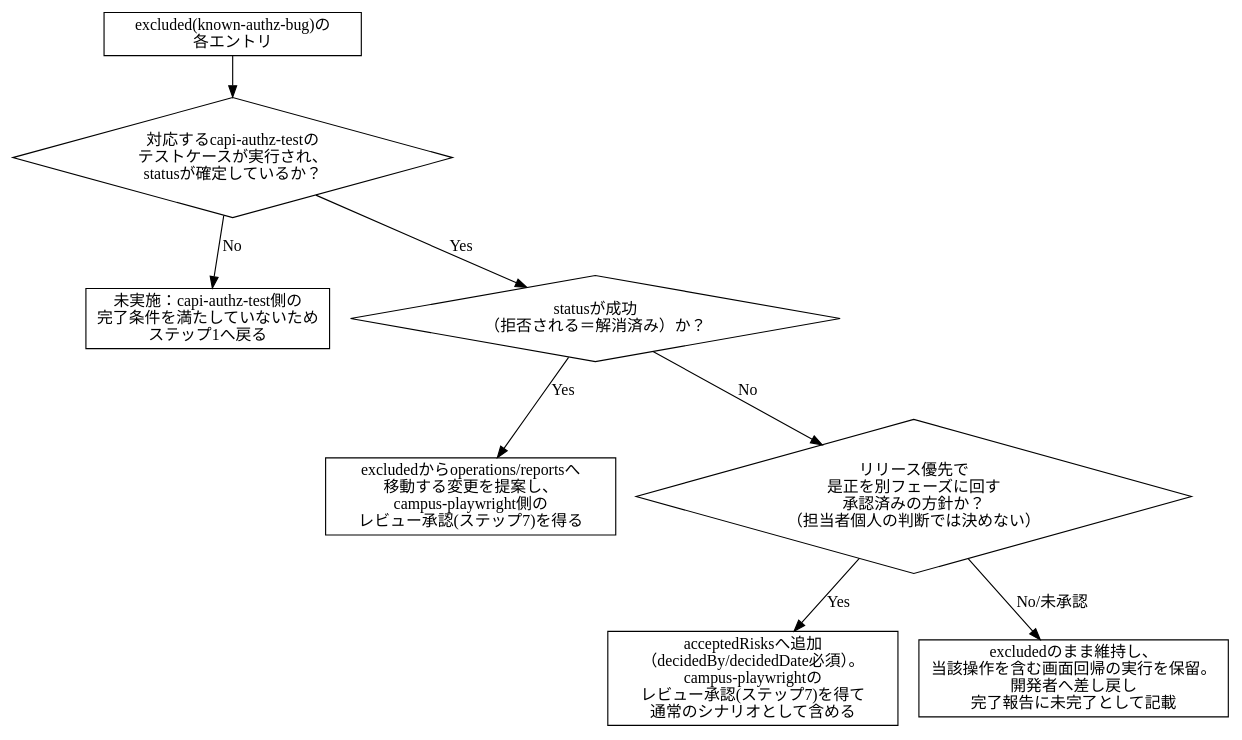
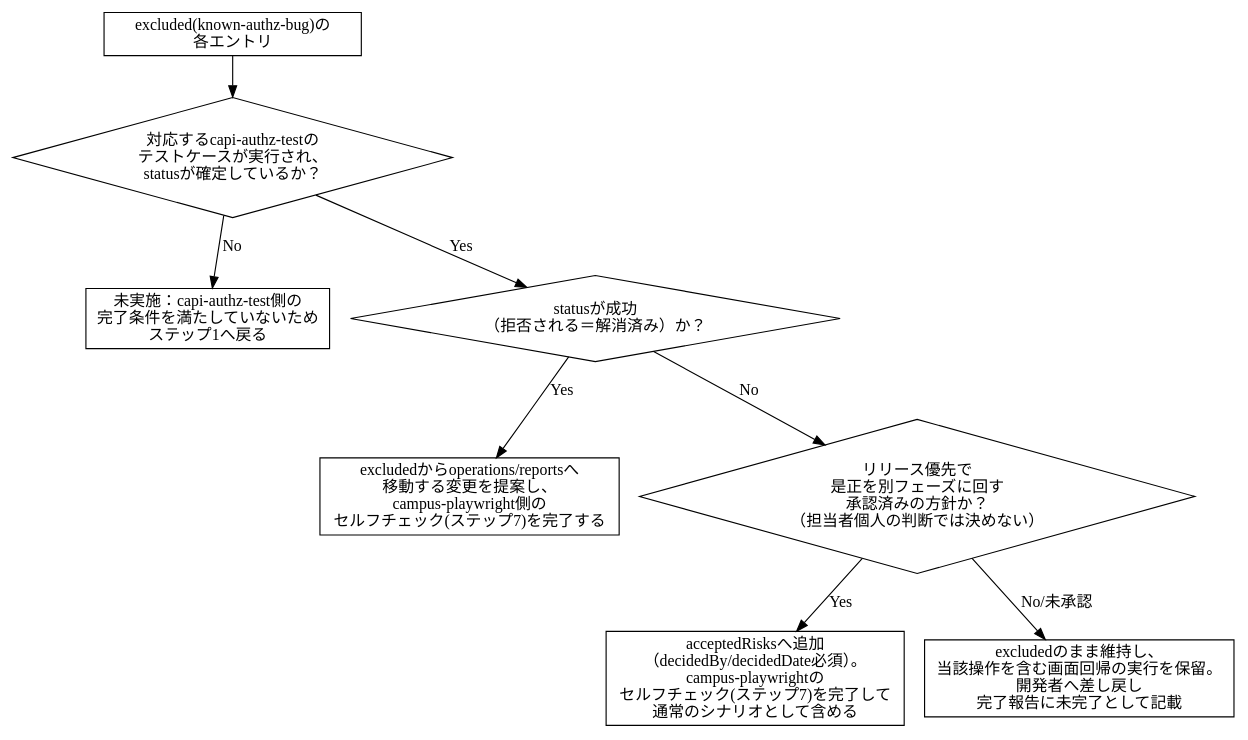
Before and after one commit to roonawa/skills: the diagram in orchestrating-capi-screen-verification/SKILL.md, drawn with Graphviz. The commit also changed other lines of this file and 3 other files, not shown here.

````diff
--- a/orchestrating-capi-screen-verification/SKILL.md
+++ b/orchestrating-capi-screen-verification/SKILL.md
@@ -90,22 +90,22 @@
 ```dot
 digraph reflect_authz_result {
     entry [label="excluded(known-authz-bug)の\n各エントリ", shape=box];
     hasCase [label="対応するcapi-authz-testの\nテストケースが実行され、\nstatusが確定しているか？", shape=diamond];
     notReady [label="未実施：capi-authz-test側の\n完了条件を満たしていないため\nステップ1へ戻る", shape=box];
 
     resolved [label="statusが成功\n（拒否される＝解消済み）か？", shape=diamond];
-    toOperations [label="excludedからoperations/reportsへ\n移動する変更を提案し、\ncampus-playwright側の\nレビュー承認(ステップ7)を得る", shape=box];
+    toOperations [label="excludedからoperations/reportsへ\n移動する変更を提案し、\ncampus-playwright側の\nセルフチェック(ステップ7)を完了する", shape=box];
 
     riskDecision [label="リリース優先で\n是正を別フェーズに回す\n承認済みの方針か？\n（担当者個人の判断では決めない）", shape=diamond];
-    toAcceptedRisks [label="acceptedRisksへ追加\n（decidedBy/decidedDate必須）。\ncampus-playwrightの\nレビュー承認(ステップ7)を得て\n通常のシナリオとして含める", shape=box];
+    toAcceptedRisks [label="acceptedRisksへ追加\n（decidedBy/decidedDate必須）。\ncampus-playwrightの\nセルフチェック(ステップ7)を完了して\n通常のシナリオとして含める", shape=box];
     holdEntry [label="excludedのまま維持し、\n当該操作を含む画面回帰の実行を保留。\n開発者へ差し戻し\n完了報告に未完了として記載", shape=box];
 
     entry -> hasCase;
     hasCase -> notReady [label="No"];
     hasCase -> resolved [label="Yes"];
     resolved -> toOperations [label="Yes"];
     resolved -> riskDecision [label="No"];
     riskDecision -> toAcceptedRisks [label="Yes"];
     riskDecision -> holdEntry [label="No/未承認"];
 }
 ```
````
